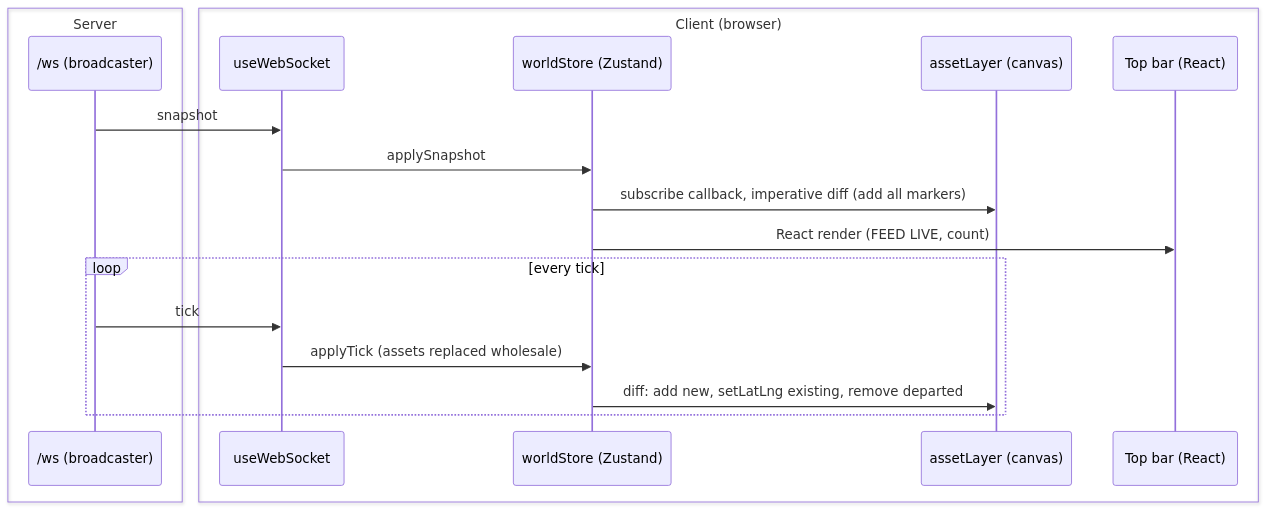
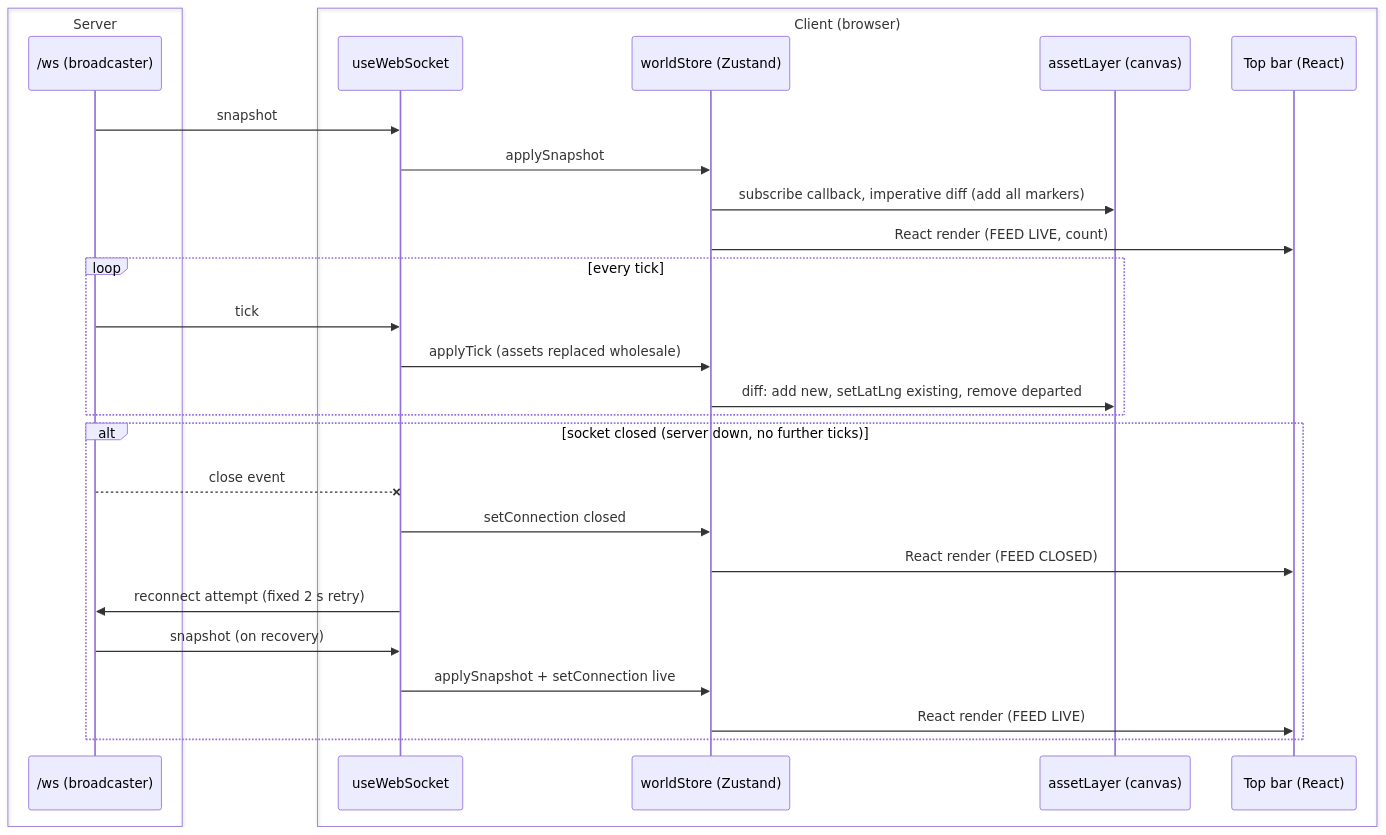
The diagram in docs/stories/S2-asset-render.md (ayfor/sentinel), drawn with Mermaid before and after one commit. The commit also changed other lines of this file, not shown here.

Commit message:
S2: failure case in the sequence diagram per review
Socket close flips the bar off LIVE; reconnect recovers via snapshot.

````diff
--- a/docs/stories/S2-asset-render.md
+++ b/docs/stories/S2-asset-render.md
@@ -50,21 +50,30 @@
 ```mermaid
 sequenceDiagram
     box Server
         participant WS as /ws (broadcaster)
     end
     box Client (browser)
         participant HOOK as useWebSocket
         participant STORE as worldStore (Zustand)
         participant LAYER as assetLayer (canvas)
         participant BAR as Top bar (React)
     end
     WS->>HOOK: snapshot
     HOOK->>STORE: applySnapshot
     STORE->>LAYER: subscribe callback, imperative diff (add all markers)
     STORE->>BAR: React render (FEED LIVE, count)
     loop every tick
         WS->>HOOK: tick
         HOOK->>STORE: applyTick (assets replaced wholesale)
         STORE->>LAYER: diff: add new, setLatLng existing, remove departed
     end
+    alt socket closed (server down, no further ticks)
+        WS--xHOOK: close event
+        HOOK->>STORE: setConnection closed
+        STORE->>BAR: React render (FEED CLOSED)
+        HOOK->>WS: reconnect attempt (fixed 2 s retry)
+        WS->>HOOK: snapshot (on recovery)
+        HOOK->>STORE: applySnapshot + setConnection live
+        STORE->>BAR: React render (FEED LIVE)
+    end
 ```
````
